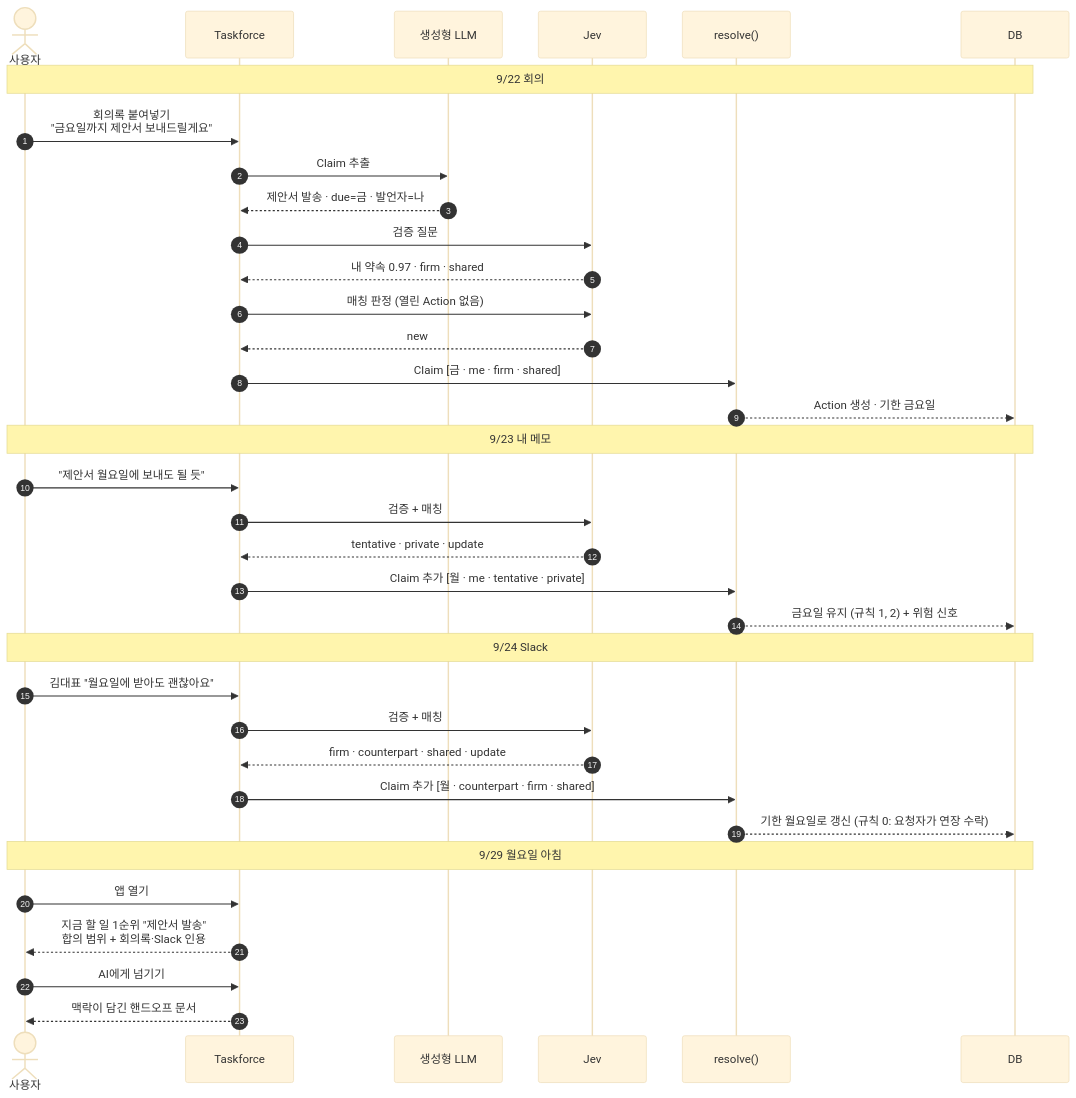
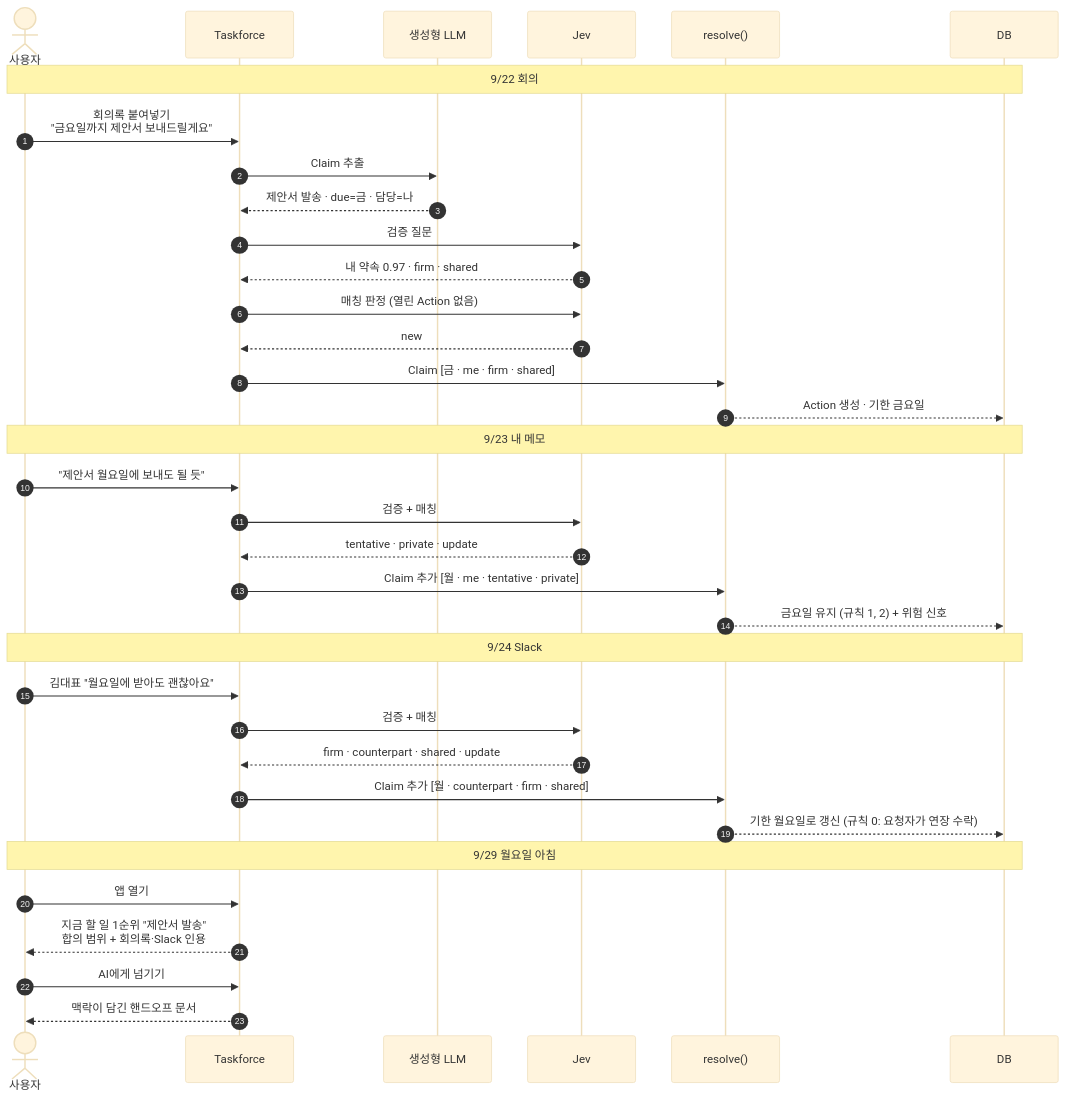
Before and after one commit to songch9511/taskforce-new: the fourth of 6 diagrams in docs/ARCHITECTURE.md, drawn with Mermaid (base theme). The commit also changed other lines of this file and 9 other files, not shown here.

````diff
--- a/docs/ARCHITECTURE.md
+++ b/docs/ARCHITECTURE.md
@@ -177,41 +178,41 @@
 ```mermaid
 sequenceDiagram
     autonumber
     actor U as 사용자
     participant T as Taskforce
     participant L as 생성형 LLM
     participant J as Jev
     participant R as resolve()
     participant D as DB
 
     Note over U,D: 9/22 회의
     U->>T: 회의록 붙여넣기<br/>"금요일까지 제안서 보내드릴게요"
     T->>L: Claim 추출
-    L-->>T: 제안서 발송 · due=금 · 발언자=나
+    L-->>T: 제안서 발송 · due=금 · 담당=나
     T->>J: 검증 질문
     J-->>T: 내 약속 0.97 · firm · shared
     T->>J: 매칭 판정 (열린 Action 없음)
     J-->>T: new
     T->>R: Claim [금 · me · firm · shared]
     R-->>D: Action 생성 · 기한 금요일
 
     Note over U,D: 9/23 내 메모
     U->>T: "제안서 월요일에 보내도 될 듯"
     T->>J: 검증 + 매칭
     J-->>T: tentative · private · update
     T->>R: Claim 추가 [월 · me · tentative · private]
     R-->>D: 금요일 유지 (규칙 1, 2) + 위험 신호
 
     Note over U,D: 9/24 Slack
     U->>T: 김대표 "월요일에 받아도 괜찮아요"
     T->>J: 검증 + 매칭
     J-->>T: firm · counterpart · shared · update
     T->>R: Claim 추가 [월 · counterpart · firm · shared]
     R-->>D: 기한 월요일로 갱신 (규칙 0: 요청자가 연장 수락)
 
     Note over U,D: 9/29 월요일 아침
     U->>T: 앱 열기
     T-->>U: 지금 할 일 1순위 "제안서 발송"<br/>합의 범위 + 회의록·Slack 인용
     U->>T: AI에게 넘기기
     T-->>U: 맥락이 담긴 핸드오프 문서
 ```
````
